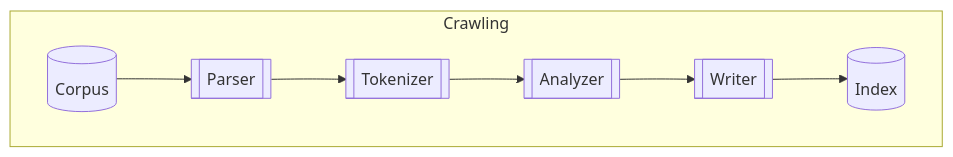
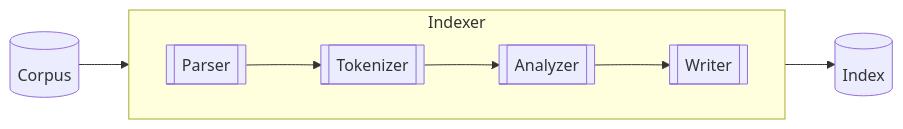
The fourth of 6 diagrams in Files/Resumos/P1.md (UFMG-Organizacao-de-Disciplinas/DCC831-TECC_Recuperacao_de_Informacao), drawn with Mermaid before and after one commit. The commit also changed other lines of this file, not shown here.

````diff
--- a/Files/Resumos/P1.md
+++ b/Files/Resumos/P1.md
@@ -236,15 +236,15 @@
 ```mermaid
 graph LR
 
-  subgraph Crawling
+  corpus[(Corpus)]
+  subgraph Indexer
     direction LR
-    corpus[(Corpus)]
     parser[[Parser]]
     tokenizer[[Tokenizer]]
     analyzer[[Analyzer]]
     writer[[Writer]]
-    index[(Index)]
   end
+  index[(Index)]
 
   corpus --> parser --> tokenizer --> analyzer --> writer --> index
 ```
````
